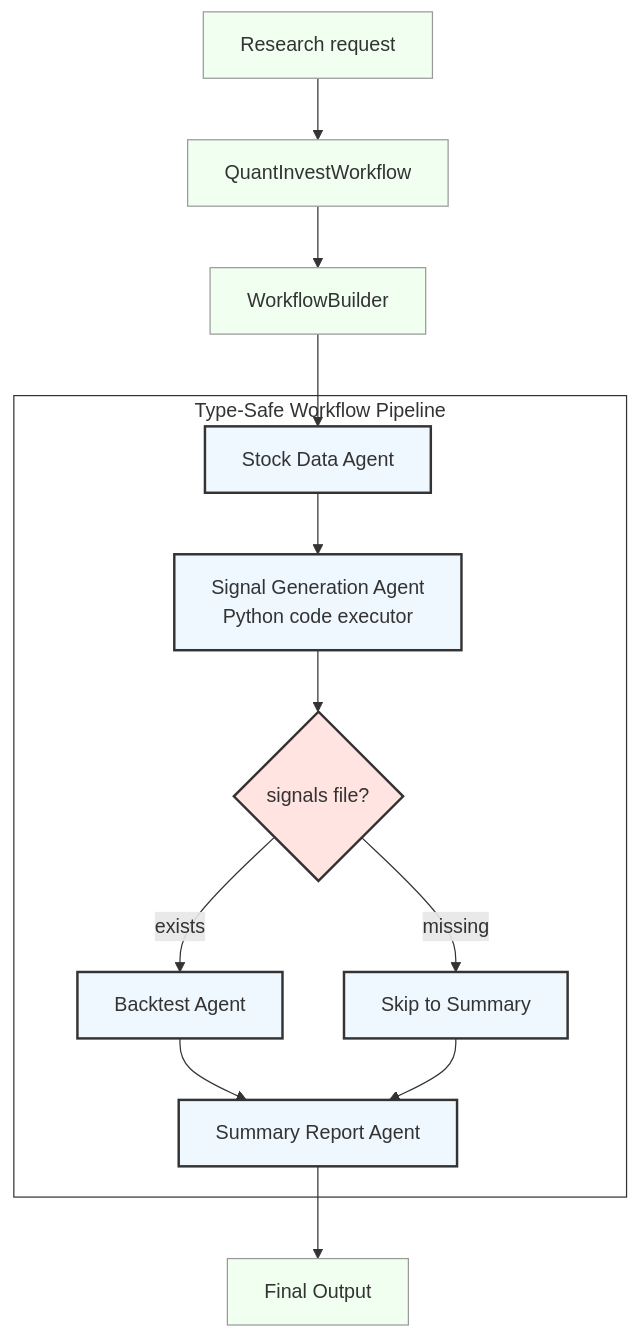
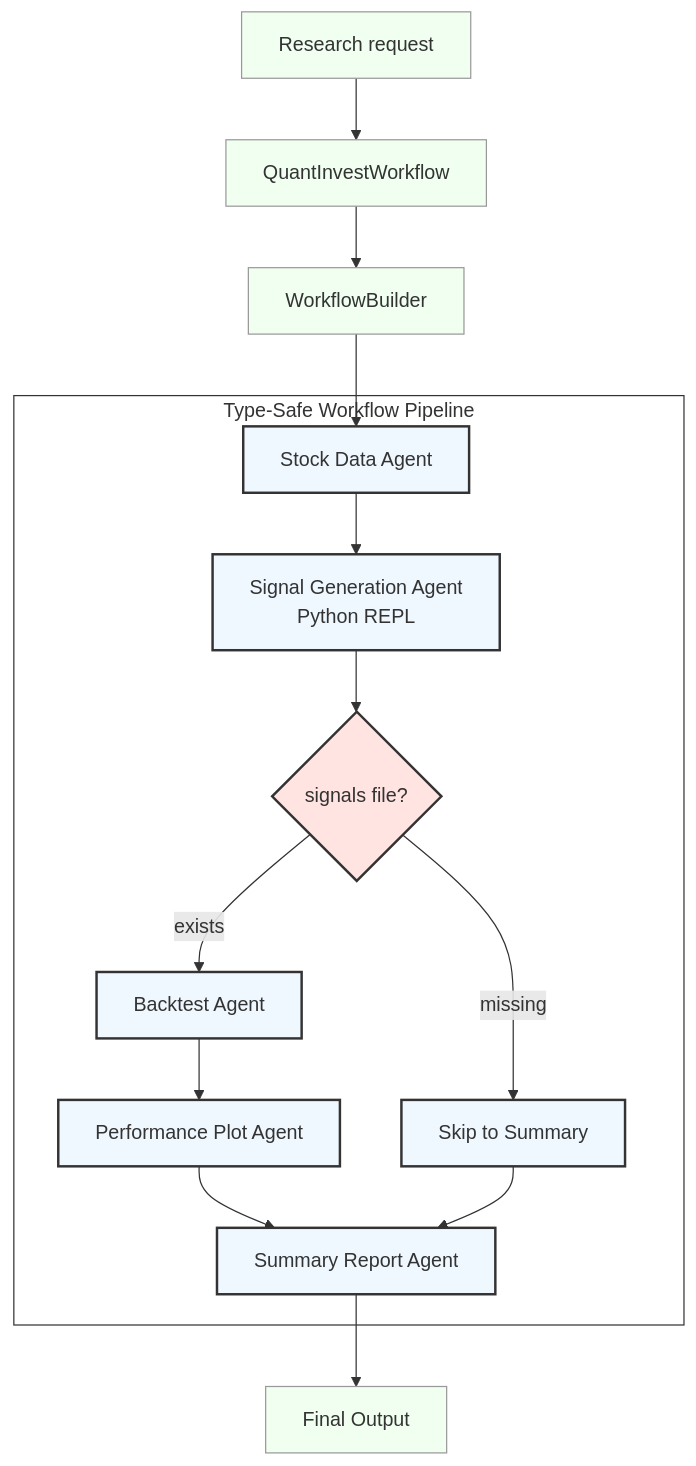
The diagram in docs/agent_framework.md (kimtth/agent-quant-stock-invest), drawn with Mermaid before and after one commit. The commit also changed other lines of this file and 59 other files, not shown here.

Commit message:
feat: change predefined signal creation to REPL-based dynamic creation (#16)

````diff
--- a/docs/agent_framework.md
+++ b/docs/agent_framework.md
@@ -15,22 +15,22 @@
 ```mermaid
 flowchart TD
 	classDef orchestrator fill:#f0fff0,stroke:#999,stroke-width:1px
 	classDef agent fill:#f0f8ff,stroke:#333,stroke-width:2px
 	classDef decision fill:#ffe4e1,stroke:#333,stroke-width:2px
 
 	A[Research request]:::orchestrator --> B[QuantInvestWorkflow]:::orchestrator
 	B --> C[WorkflowBuilder]:::orchestrator
 
 	subgraph Pipeline [Type-Safe Workflow Pipeline]
-		D[Stock Data Agent]:::agent --> E[Signal Generation Agent<br/>Python code executor]:::agent
+		D[Stock Data Agent]:::agent --> E[Signal Generation Agent<br/>Python REPL]:::agent
 		E --> F{signals file?}:::decision
-		F -->|exists| G[Backtest Agent]:::agent
+		F -->|exists| G[Backtest Agent]:::agent --> K[Performance Plot Agent]:::agent
 		F -->|missing| H[Skip to Summary]:::agent
-		G --> I[Summary Report Agent]:::agent
+		K --> I[Summary Report Agent]:::agent
 		H --> I
 	end
 	style Pipeline fill:none,stroke:#333,stroke-width:1px
 
 	C --> D
 	I --> J[Final Output]:::orchestrator
 ```
````
